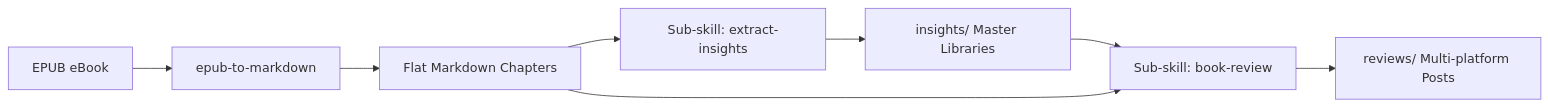
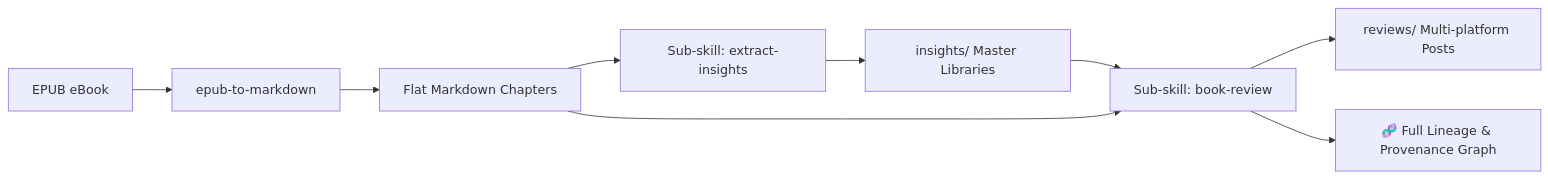
Before and after one commit to ubworkshop/book-distiller: the diagram in README.md, drawn with Mermaid. The commit also changed other lines of this file and 4 other files, not shown here.

Commit message:
feat: add full lineage & provenance graph to book-review sub-skill (v2.7)

````diff
--- a/README.md
+++ b/README.md
@@ -23,10 +24,11 @@
 ```mermaid
 flowchart LR
     EPUB[EPUB eBook] --> Main[epub-to-markdown]
     Main --> Chapters[Flat Markdown Chapters]
     Chapters --> S1[Sub-skill: extract-insights]
     S1 --> Master[insights/ Master Libraries]
     Master --> S2[Sub-skill: book-review]
     Chapters --> S2
     S2 --> Reviews[reviews/ Multi-platform Posts]
+    S2 --> Provenance[🧬 Full Lineage & Provenance Graph]
 ```
````
